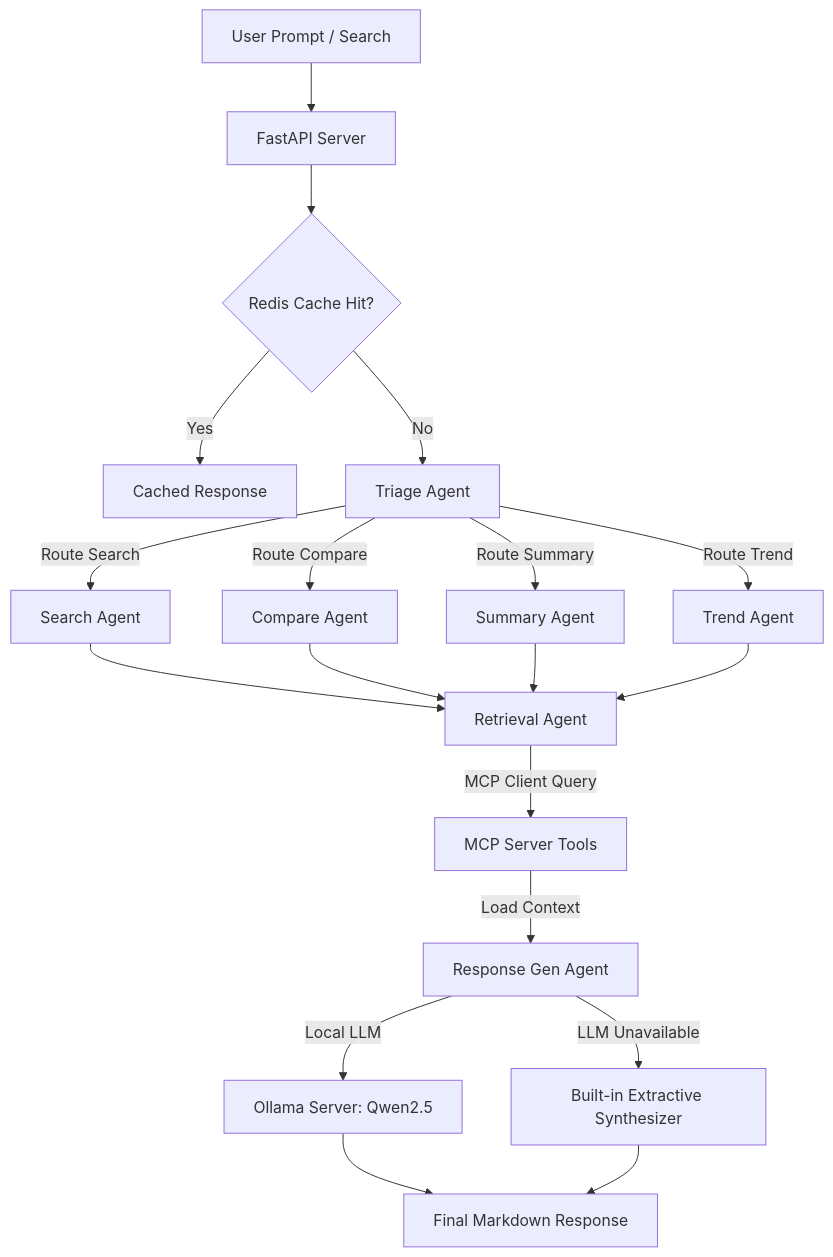
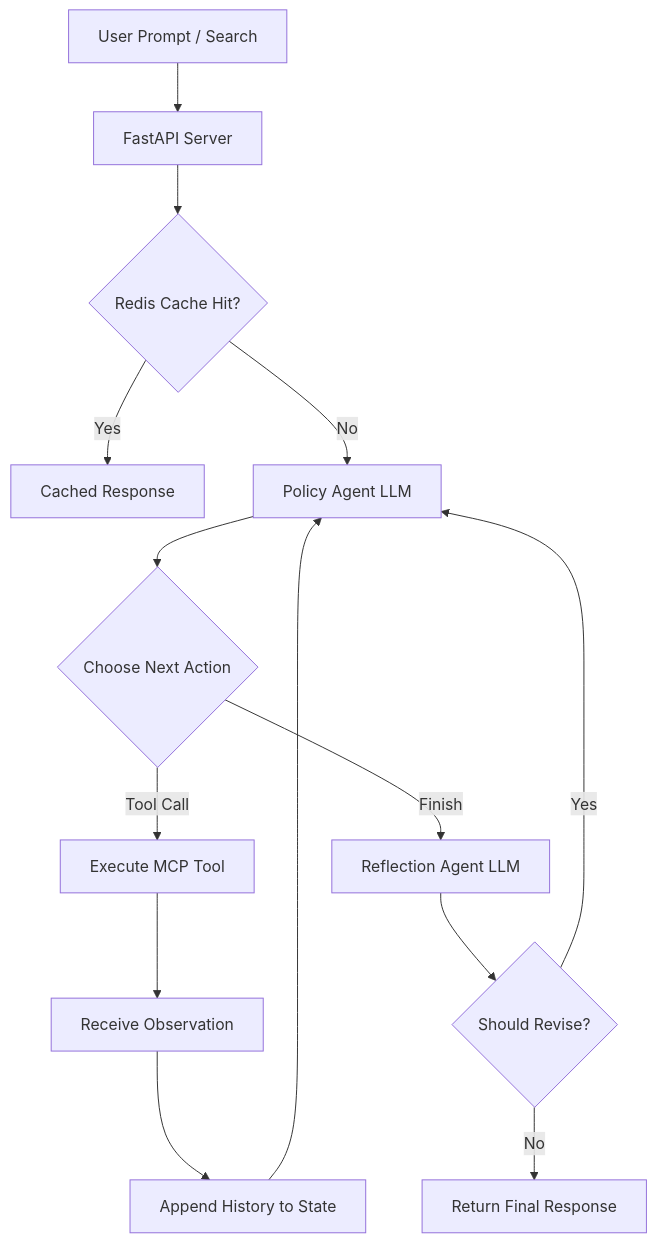
The second of 2 diagrams in README.md (ak-aishwarya-kyatham/Level2), drawn with Mermaid before and after one commit. The commit also changed other lines of this file and 22 other files, not shown here.

````diff
--- a/README.md
+++ b/README.md
@@ -27,20 +27,19 @@
 ```mermaid
 graph TD
     UserQuery[User Prompt / Search] --> API[FastAPI Server]
     API --> CacheCheck{Redis Cache Hit?}
     CacheCheck -->|Yes| Return[Cached Response]
-    CacheCheck -->|No| Triage[Triage Agent]
+    CacheCheck -->|No| PolicyAgent[Policy Agent LLM]
     
-    Triage -->|Route Search| Search[Search Agent]
-    Triage -->|Route Compare| Compare[Compare Agent]
-    Triage -->|Route Summary| Summarize[Summary Agent]
-    Triage -->|Route Trend| Trend[Trend Agent]
+    PolicyAgent --> DecideNextAction{Choose Next Action}
+    DecideNextAction -->|Tool Call| ToolNode[Execute MCP Tool]
+    ToolNode --> Observation[Receive Observation]
+    Observation --> AppendHistory[Append History to State]
+    AppendHistory --> PolicyAgent
     
-    Search & Compare & Summarize & Trend --> Retrieval[Retrieval Agent]
-    Retrieval -->|MCP Client Query| MCPServer[MCP Server Tools]
-    MCPServer -->|Load Context| ResponseAgent[Response Gen Agent]
+    DecideNextAction -->|Finish| ReflectionAgent[Reflection Agent LLM]
     
-    ResponseAgent -->|Local LLM| Ollama[Ollama Server: Qwen2.5]
-    ResponseAgent -->|LLM Unavailable| Synthesizer[Built-in Extractive Synthesizer]
-    Ollama & Synthesizer --> FinalAnswer[Final Markdown Response]
+    ReflectionAgent --> CheckReflection{Should Revise?}
+    CheckReflection -->|Yes| PolicyAgent
+    CheckReflection -->|No| FinalResponse[Return Final Response]
 ```
````
